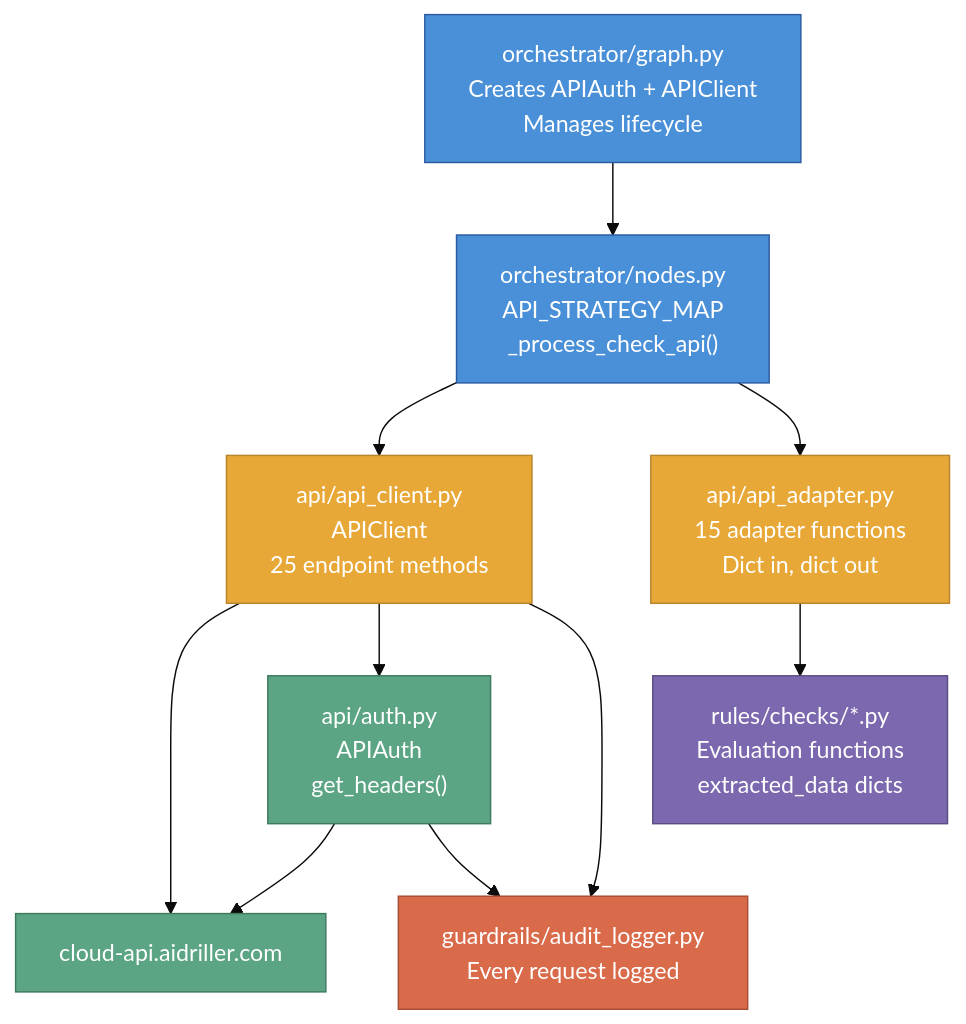
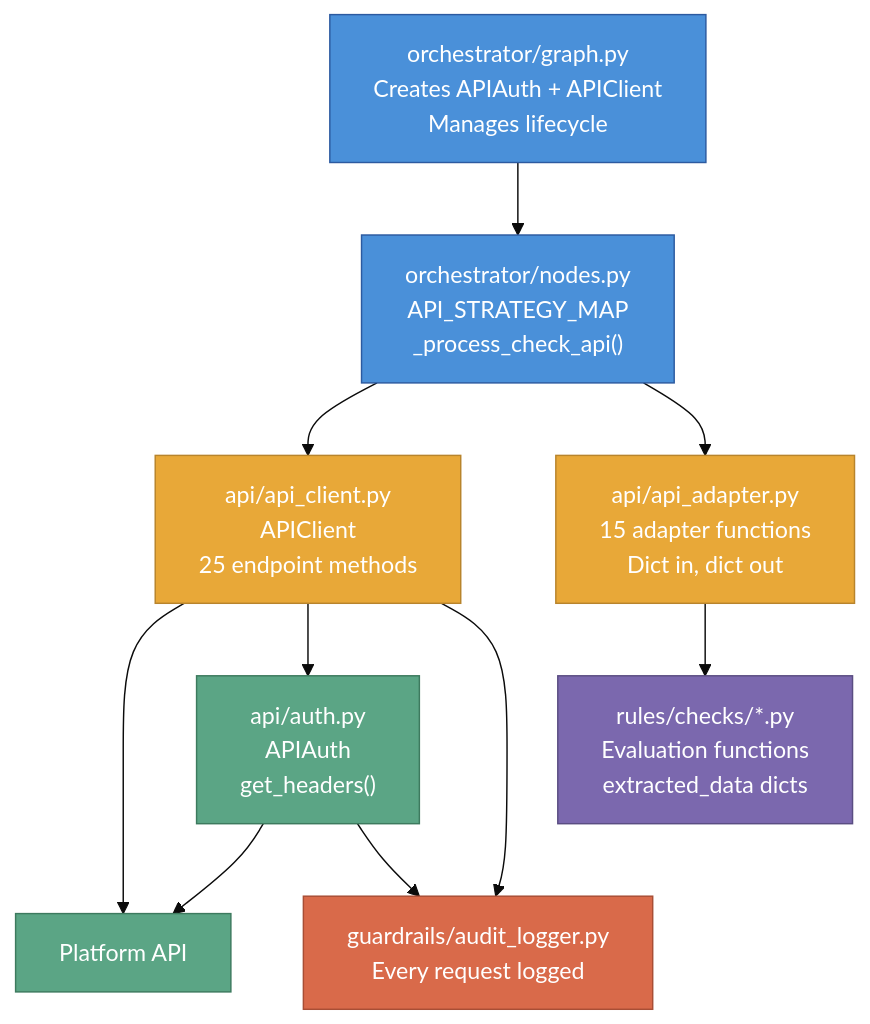
One commit to robert-blue-datascience/qc-agent-wiki changed the diagram in technical/api-layer.md. Above: the diagram before and after it, drawn with Mermaid (base theme). The commit also changed other lines of this file and 6 other files, not shown here.

````diff
--- a/technical/api-layer.md
+++ b/technical/api-layer.md
@@ -34,21 +34,21 @@
 ```mermaid
 flowchart TD
     A["orchestrator/graph.py\nCreates APIAuth + APIClient\nManages lifecycle"] --> B["orchestrator/nodes.py\nAPI_STRATEGY_MAP\n_process_check_api()"]
     B --> C["api/api_client.py\nAPIClient\n25 endpoint methods"]
     B --> D["api/api_adapter.py\n15 adapter functions\nDict in, dict out"]
-    C --> E["cloud-api.aidriller.com"]
+    C --> E["Platform API"]
     C --> F["api/auth.py\nAPIAuth\nget_headers()"]
     F --> E
     C --> H["guardrails/audit_logger.py\nEvery request logged"]
     F --> H
     D --> I["rules/checks/*.py\nEvaluation functions\nextracted_data dicts"]
 
     style A fill:#4a90d9,stroke:#2c5aa0,color:#fff
     style B fill:#4a90d9,stroke:#2c5aa0,color:#fff
     style C fill:#e8a838,stroke:#b8842c,color:#fff
     style D fill:#e8a838,stroke:#b8842c,color:#fff
     style E fill:#5ba585,stroke:#3d7a5e,color:#fff
     style F fill:#5ba585,stroke:#3d7a5e,color:#fff
     style H fill:#d96a4a,stroke:#a84e35,color:#fff
     style I fill:#7b68ae,stroke:#5a4d82,color:#fff
 ```
````
